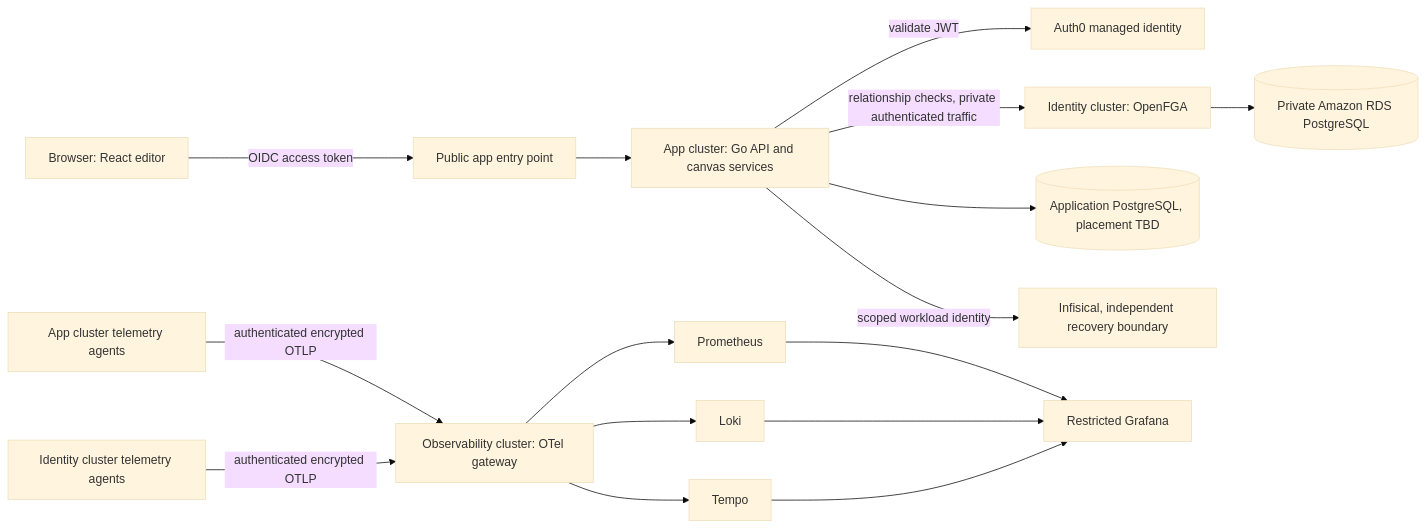
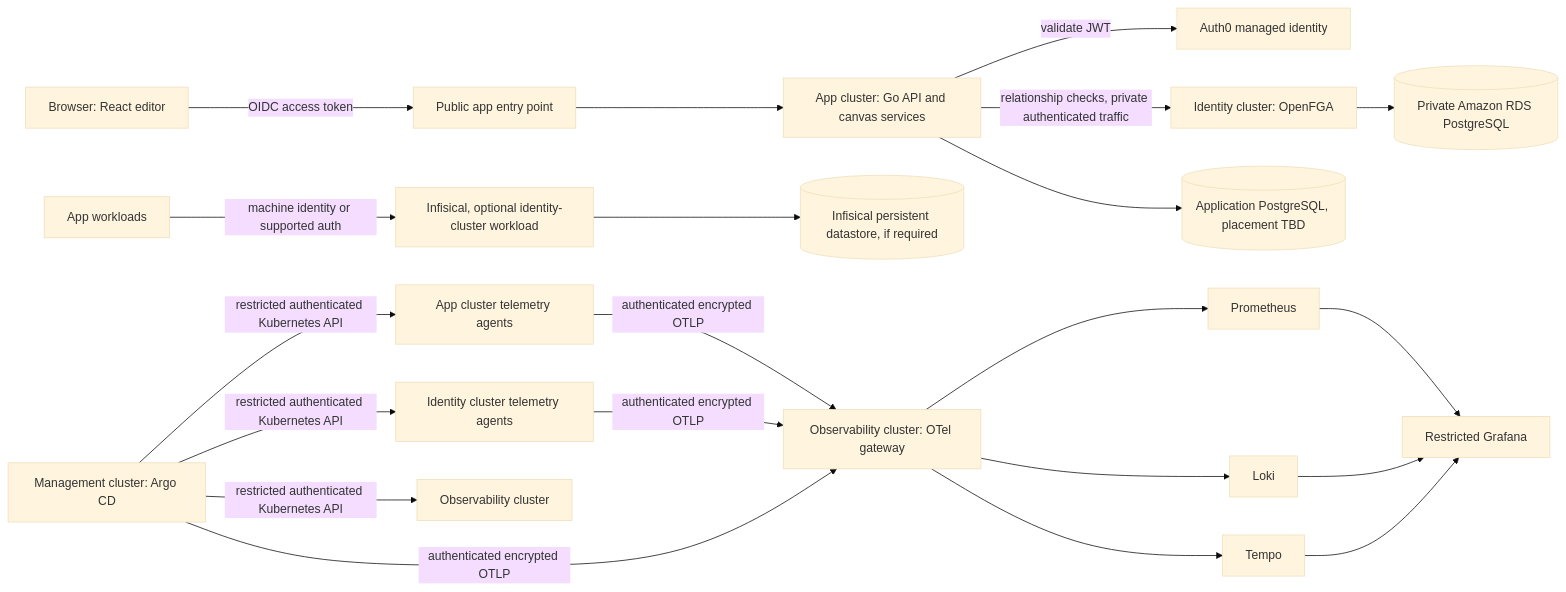
The diagram in docs/architecture/system-boundaries.md (harishSudalaimani/kloudlab), drawn with Mermaid (base theme) before and after one commit. The commit also changed other lines of this file and 29 other files, not shown here.

````diff
--- a/docs/architecture/system-boundaries.md
+++ b/docs/architecture/system-boundaries.md
@@ -9,18 +9,23 @@
 ```mermaid
 flowchart LR
     Browser[Browser: React editor] -->|OIDC access token| Edge[Public app entry point]
     Edge --> API[App cluster: Go API and canvas services]
     API -->|validate JWT| Auth0[Auth0 managed identity]
     API -->|relationship checks, private authenticated traffic| FGA[Identity cluster: OpenFGA]
     FGA --> FGA_DB[(Private Amazon RDS PostgreSQL)]
     API --> AppDB[(Application PostgreSQL, placement TBD)]
-    API -->|scoped workload identity| Secrets[Infisical, independent recovery boundary]
+    AppWorkloads[App workloads] -->|machine identity or supported auth| Secrets[Infisical, optional identity-cluster workload]
+    Secrets --> InfisicalDB[(Infisical persistent datastore, if required)]
     AppCluster[App cluster telemetry agents] -->|authenticated encrypted OTLP| OTel[Observability cluster: OTel gateway]
     FGACluster[Identity cluster telemetry agents] -->|authenticated encrypted OTLP| OTel
+    ManagementCluster[Management cluster: Argo CD] -->|restricted authenticated Kubernetes API| AppCluster
+    ManagementCluster -->|restricted authenticated Kubernetes API| FGACluster
+    ManagementCluster -->|restricted authenticated Kubernetes API| OTelCluster[Observability cluster]
+    ManagementCluster -->|authenticated encrypted OTLP| OTel
     OTel --> Metrics[Prometheus]
     OTel --> Logs[Loki]
     OTel --> Traces[Tempo]
     Metrics --> Grafana[Restricted Grafana]
     Logs --> Grafana
     Traces --> Grafana
 ```
````
